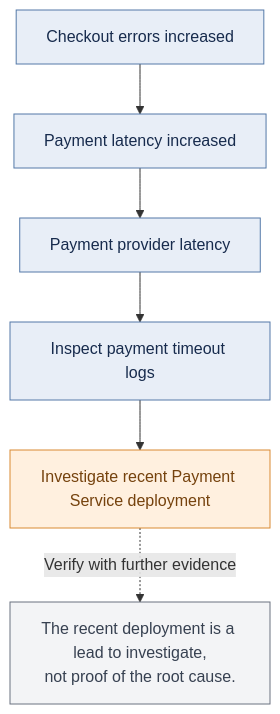
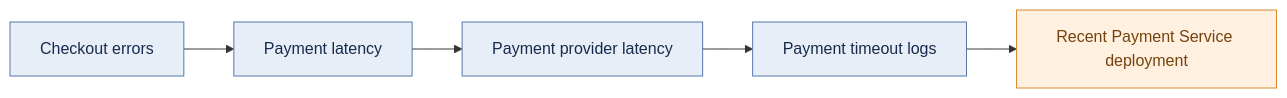
Before and after one commit to TechieWebAI/incident-investigation-research: the fourth of 5 diagrams in README.md, drawn with Mermaid. The commit also changed other lines of this file, not shown here.

````diff
--- a/README.md
+++ b/README.md
@@ -460,22 +456,13 @@
 ```mermaid
-flowchart TB
-    A["Checkout errors increased"]
-    B["Payment latency increased"]
-    C["Payment provider latency"]
-    D["Inspect payment timeout logs"]
-    E["Investigate recent Payment Service deployment"]
-
-    A --> B --> C --> D --> E
-
-    N["The recent deployment is a lead to investigate,<br/>not proof of the root cause."]
-
-    E -. "Verify with further evidence" .-> N
+flowchart LR
+    A["Checkout errors"] --> B["Payment latency"]
+    B --> C["Payment provider latency"]
+    C --> D["Payment timeout logs"]
+    D --> E["Recent Payment Service deployment"]
 
     classDef evidence fill:#e8eef7,stroke:#5479a8,color:#172b4d
     classDef lead fill:#fff0df,stroke:#d98a32,color:#75420d
-    classDef note fill:#f3f4f6,stroke:#6b7280,color:#374151
 
     class A,B,C,D evidence
     class E lead
-    class N note
 ```
````
